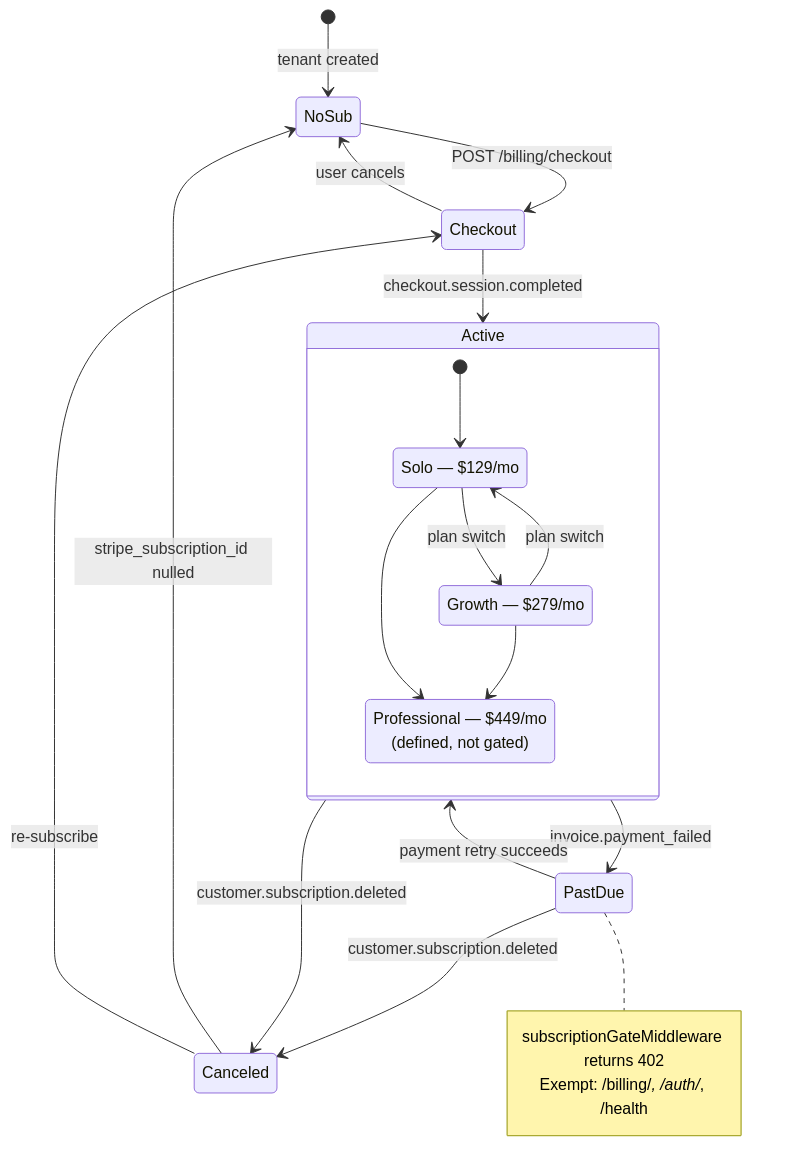
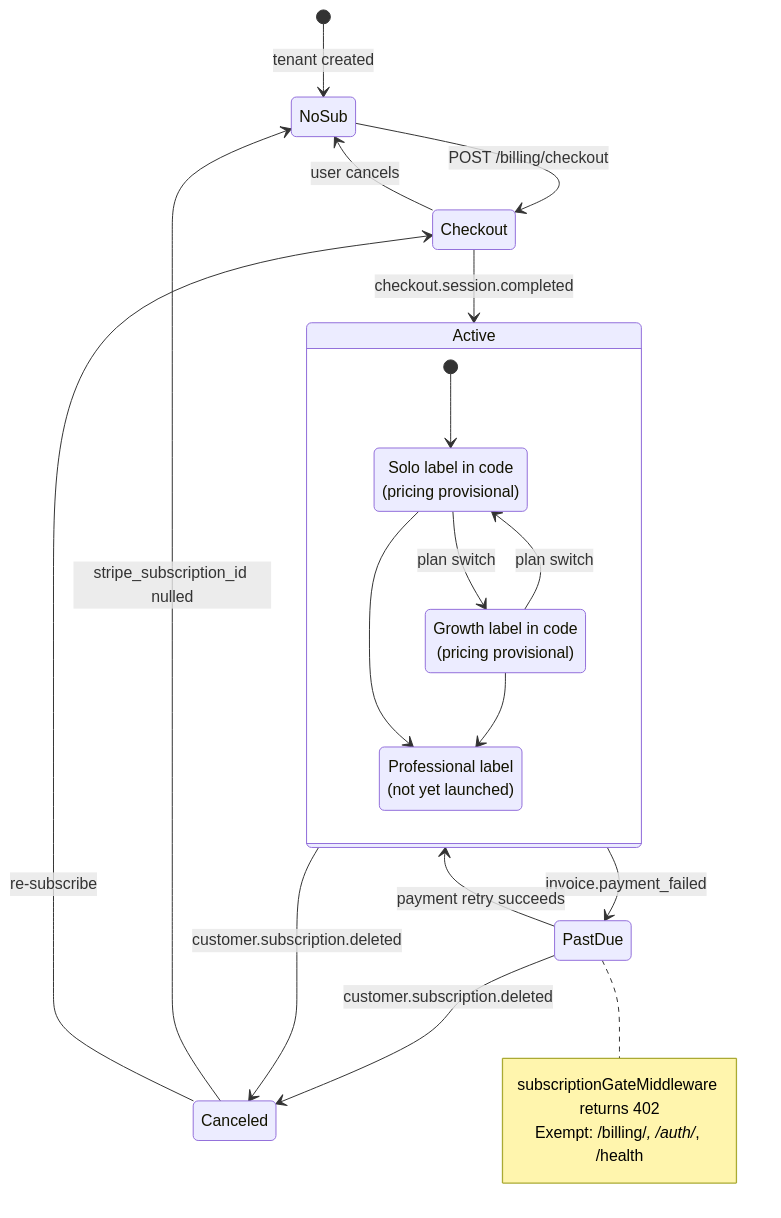
Before and after one commit to ddemott/ai-sec: the ninth of 12 diagrams in docs/DIAGRAMS.md, drawn with Mermaid. The commit also changed other lines of this file and 25 other files, not shown here.

````diff
--- a/docs/DIAGRAMS.md
+++ b/docs/DIAGRAMS.md
@@ -523,32 +523,32 @@
 ```mermaid
 stateDiagram-v2
   [*] --> NoSub: tenant created
 
   NoSub --> Checkout: POST /billing/checkout
   Checkout --> NoSub: user cancels
   Checkout --> Active: checkout.session.completed
 
   Active --> PastDue: invoice.payment_failed
   PastDue --> Active: payment retry succeeds
   PastDue --> Canceled: customer.subscription.deleted
   Active --> Canceled: customer.subscription.deleted
 
   Canceled --> NoSub: stripe_subscription_id nulled
   Canceled --> Checkout: re-subscribe
 
   state Active {
     [*] --> Solo
-    Solo: Solo — $129/mo
-    Growth: Growth — $279/mo
-    Professional: Professional — $449/mo<br/>(defined, not gated)
+    Solo: Solo label in code<br/>(pricing provisional)
+    Growth: Growth label in code<br/>(pricing provisional)
+    Professional: Professional label<br/>(not yet launched)
     Solo --> Growth: plan switch
     Growth --> Solo: plan switch
     Solo --> Professional
     Growth --> Professional
   }
 
   note right of PastDue
     subscriptionGateMiddleware returns 402
     Exempt: /billing/*, /auth/*, /health
   end note
 ```
````
